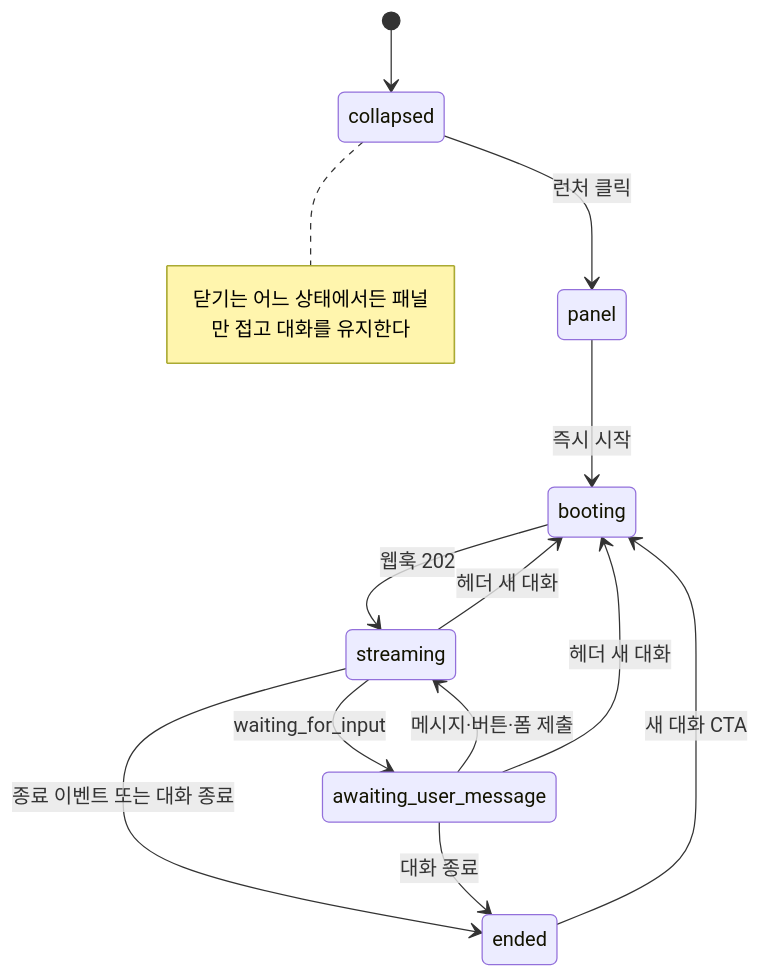
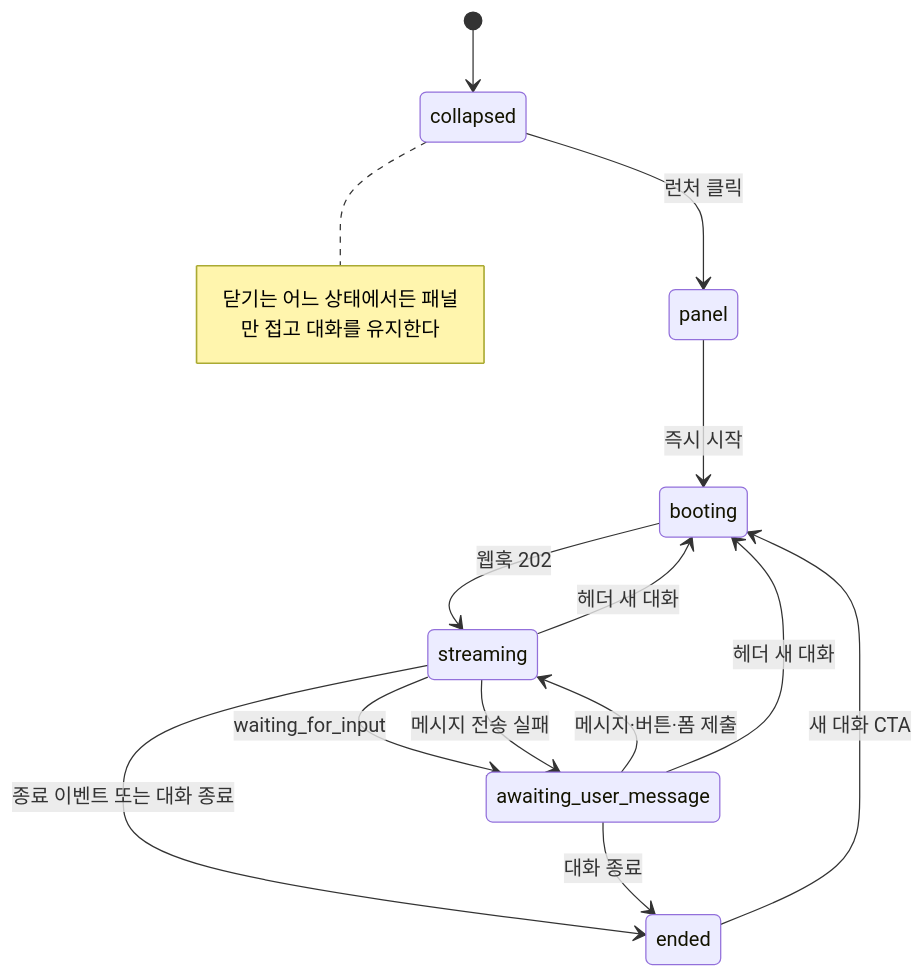
Before and after one commit to worker-ants/clemvion: the diagram in spec/CLE-WEBCHAT/CLE-WEBCHAT-WIDGET.md, drawn with Mermaid. The commit also changed other lines of this file and 20 other files, not shown here.

````diff
--- a/spec/CLE-WEBCHAT/CLE-WEBCHAT-WIDGET.md
+++ b/spec/CLE-WEBCHAT/CLE-WEBCHAT-WIDGET.md
@@ -138,15 +143,16 @@
 ```mermaid
 stateDiagram-v2
   [*] --> collapsed
   collapsed --> panel: 런처 클릭
   panel --> booting: 즉시 시작
   booting --> streaming: 웹훅 202
   streaming --> awaiting_user_message: waiting_for_input
   awaiting_user_message --> streaming: 메시지·버튼·폼 제출
+  streaming --> awaiting_user_message: 메시지 전송 실패
   streaming --> ended: 종료 이벤트 또는 대화 종료
   awaiting_user_message --> ended: 대화 종료
   streaming --> booting: 헤더 새 대화
   awaiting_user_message --> booting: 헤더 새 대화
   ended --> booting: 새 대화 CTA
   note right of collapsed: 닫기는 어느 상태에서든 패널만 접고 대화를 유지한다
 ```
````
